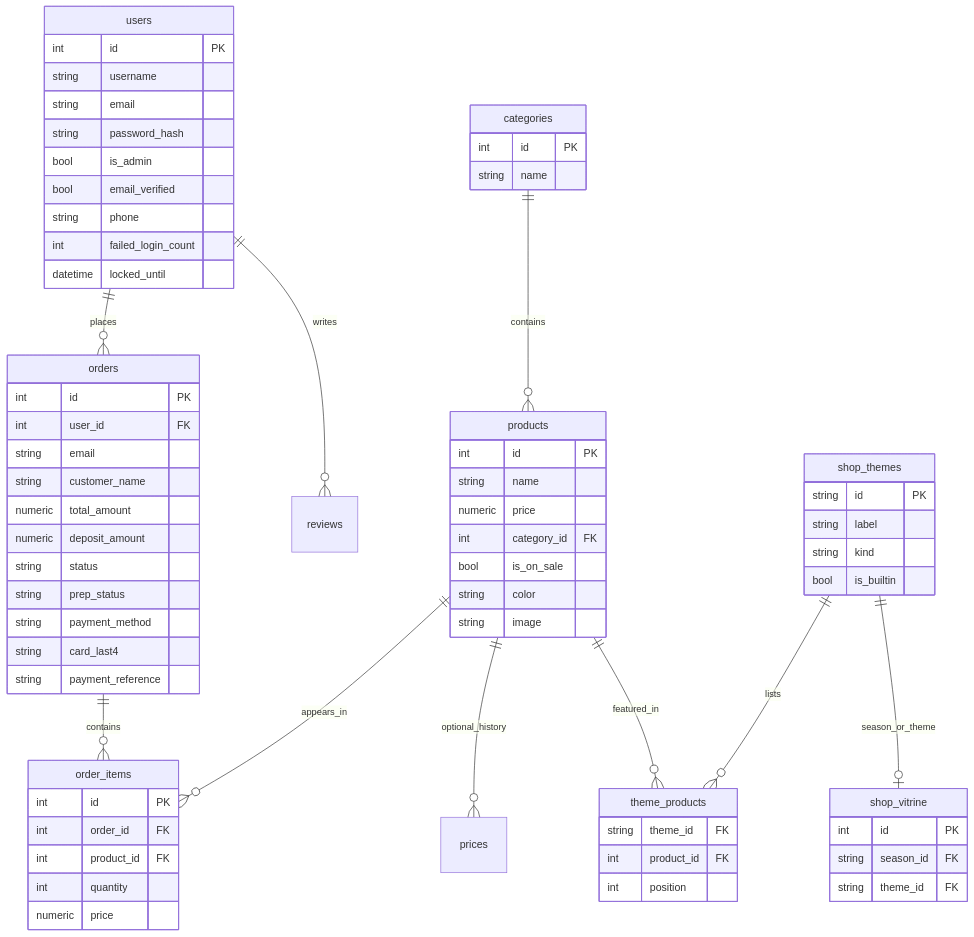
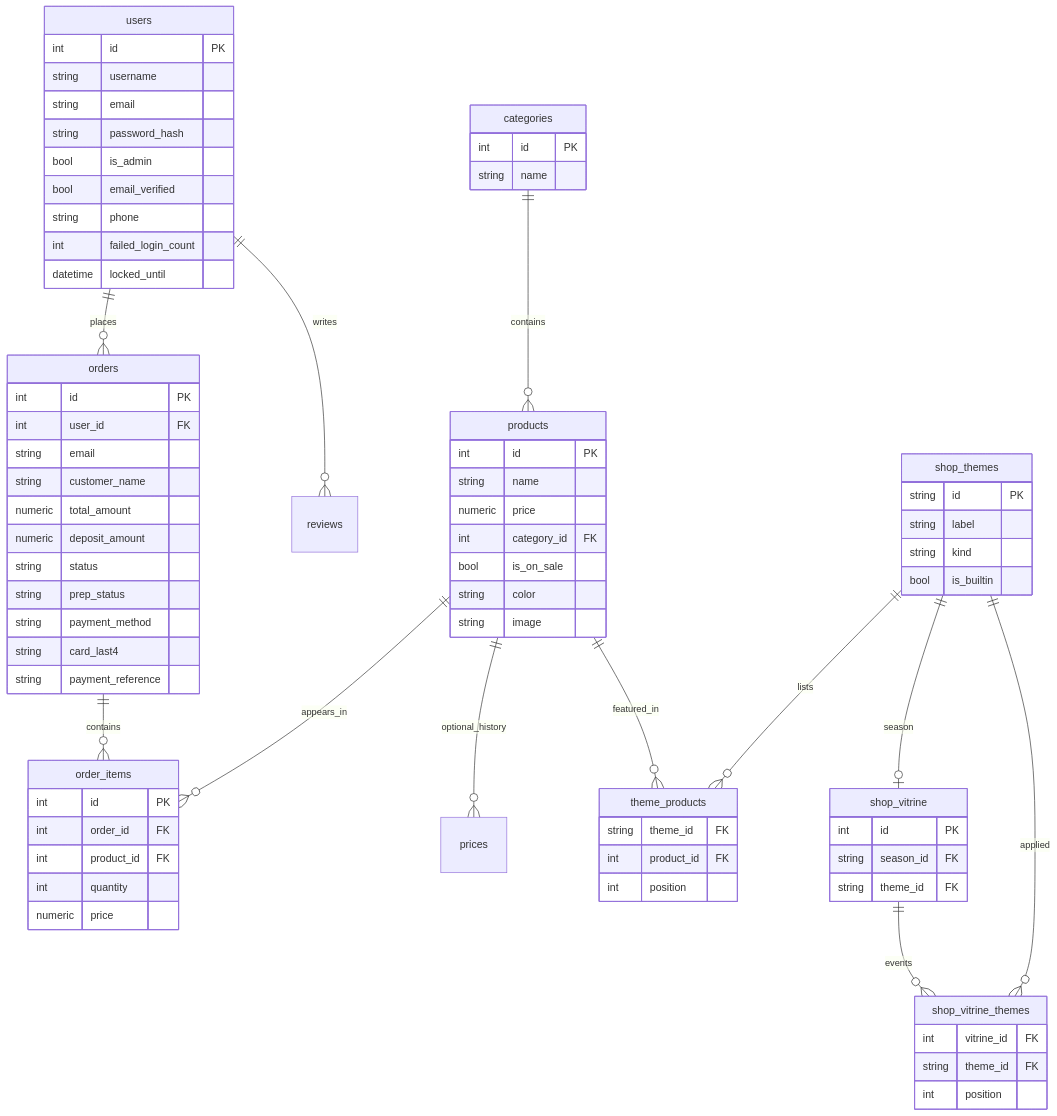
One commit to Issercio/Demo-day changed the first of 2 diagrams in README.md. Above: the diagram before and after it, drawn with Mermaid. The commit also changed other lines of this file and 8 other files, not shown here.

First line of the commit message:
Allow several event themes on the shop vitrine at once.

````diff
--- a/README.md
+++ b/README.md
@@ -218,73 +218,80 @@
 ```mermaid
 erDiagram
   users ||--o{ orders : places
   users ||--o{ reviews : writes
   categories ||--o{ products : contains
   products ||--o{ order_items : appears_in
   orders ||--o{ order_items : contains
   products ||--o{ prices : optional_history
   shop_themes ||--o{ theme_products : lists
   products ||--o{ theme_products : featured_in
-  shop_themes ||--o| shop_vitrine : season_or_theme
+  shop_themes ||--o| shop_vitrine : season
+  shop_vitrine ||--o{ shop_vitrine_themes : events
+  shop_themes ||--o{ shop_vitrine_themes : applied
 
   users {
     int id PK
     string username
     string email
     string password_hash
     bool is_admin
     bool email_verified
     string phone
     int failed_login_count
     datetime locked_until
   }
   categories {
     int id PK
     string name
   }
   products {
     int id PK
     string name
     numeric price
     int category_id FK
     bool is_on_sale
     string color
     string image
   }
   shop_themes {
     string id PK
     string label
     string kind
     bool is_builtin
   }
   theme_products {
     string theme_id FK
     int product_id FK
     int position
   }
   shop_vitrine {
     int id PK
     string season_id FK
     string theme_id FK
   }
+  shop_vitrine_themes {
+    int vitrine_id FK
+    string theme_id FK
+    int position
+  }
   orders {
     int id PK
     int user_id FK
     string email
     string customer_name
     numeric total_amount
     numeric deposit_amount
     string status
     string prep_status
     string payment_method
     string card_last4
     string payment_reference
   }
   order_items {
     int id PK
     int order_id FK
     int product_id FK
     int quantity
     numeric price
   }
 ```
````
